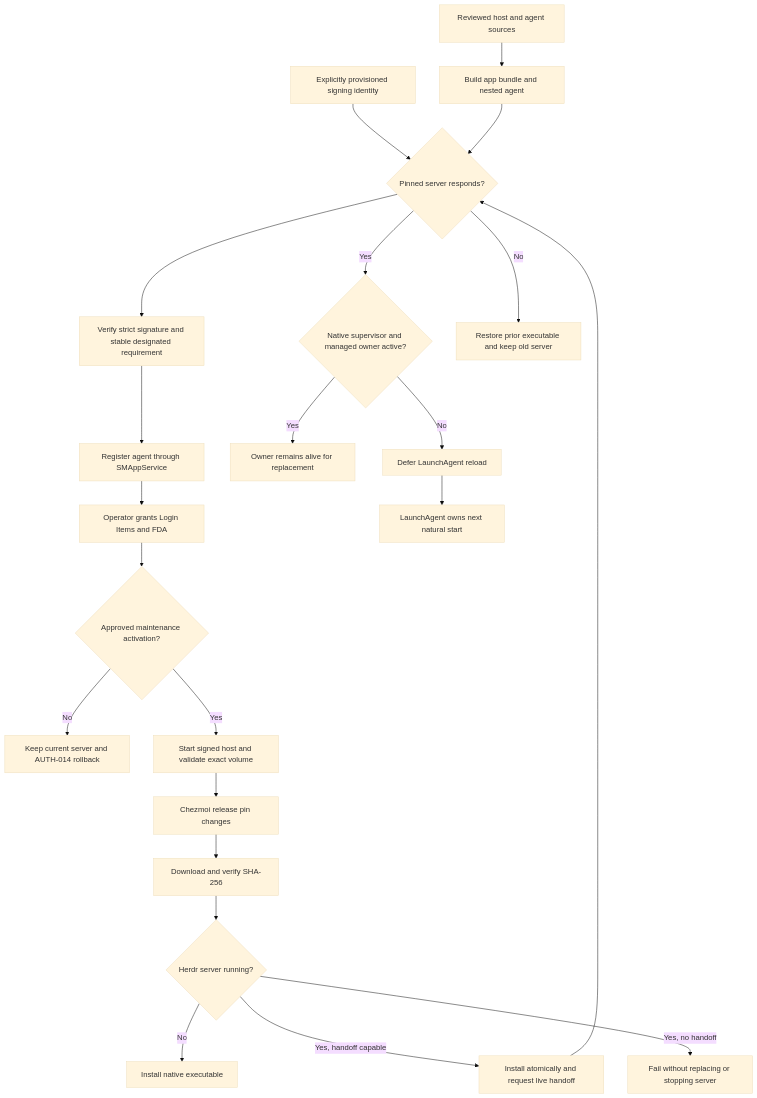
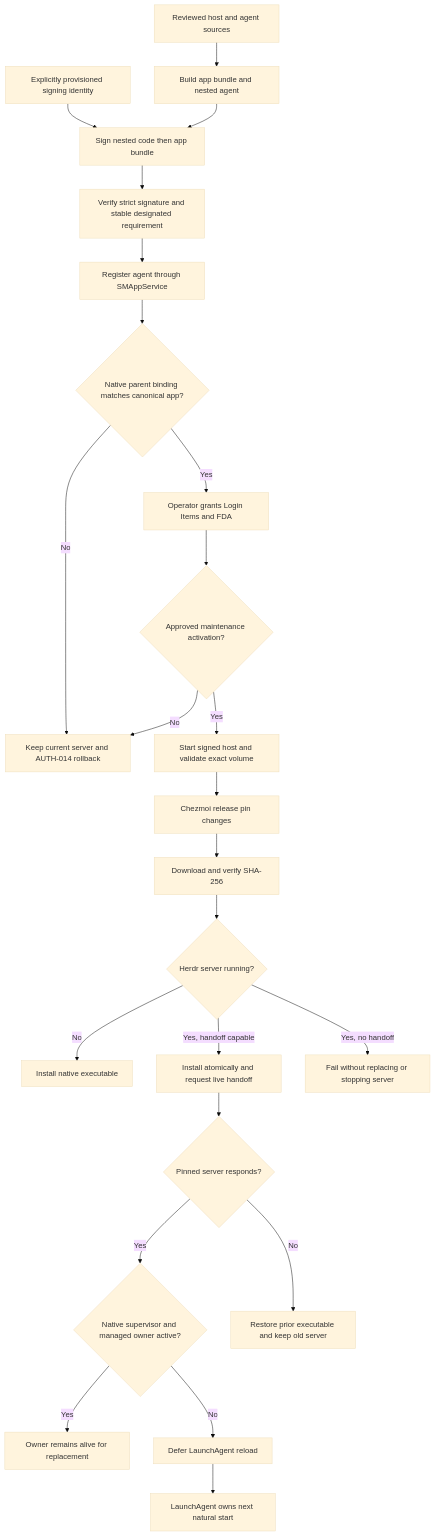
Before and after one commit to Saltiola7/dotfiles-ai: the third of 5 diagrams in docs/specs/shell_auth_startup/README.md, drawn with Mermaid (base theme). The commit also changed other lines of this file and 7 other files, not shown here.

First line of the commit message:
fix(herdr): version probe registration update

````diff
--- a/docs/specs/shell_auth_startup/README.md
+++ b/docs/specs/shell_auth_startup/README.md
@@ -273,26 +295,28 @@
 ```mermaid
 flowchart TD
     accTitle: Chezmoi-managed Herdr host installation and native Herdr upgrade
-    accDescr: An explicitly provisioned signing identity signs the Herdr Host app and its nested agent. The app registers that agent through SMAppService and the operator grants Login Items and Full Disk Access before activation. Chezmoi also verifies the pinned native Herdr release. Compatible upgrades use live handoff; failed activation or handoff preserves the prior supervisor and running server.
+    accDescr: An explicitly provisioned signing identity signs the Herdr Host app and its nested agent. After SMAppService registration, the native parent app binding must match the canonical app before Login Items, Full Disk Access and activation qualification. A stale binding retains the running server and rollback. Chezmoi also verifies the pinned native Herdr release. Compatible upgrades use live handoff; failed activation or handoff preserves the prior supervisor and running server.
     C[Reviewed host and agent sources] --> N[Build app bundle and nested agent]
     P[Explicitly provisioned signing identity] --> S[Sign nested code then app bundle]
     N --> S
     S --> Q[Verify strict signature and stable designated requirement]
     Q --> G[Register agent through SMAppService]
-    G --> U[Operator grants Login Items and FDA]
+    G --> BTM{Native parent binding matches canonical app?}
+    BTM -->|Yes| U[Operator grants Login Items and FDA]
+    BTM -->|No| W[Keep current server and AUTH-014 rollback]
     U --> X{Approved maintenance activation?}
     X -->|No| W[Keep current server and AUTH-014 rollback]
     X -->|Yes| E[Start signed host and validate exact volume]
     E --> A
     A[Chezmoi release pin changes] --> V[Download and verify SHA-256]
     V --> R{Herdr server running?}
     R -->|No| I[Install native executable]
     R -->|Yes, handoff capable| H[Install atomically and request live handoff]
     R -->|Yes, no handoff| F[Fail without replacing or stopping server]
-    H --> S{Pinned server responds?}
-    S -->|Yes| O{Native supervisor and managed owner active?}
-    S -->|No| B[Restore prior executable and keep old server]
+    H --> RESP{Pinned server responds?}
+    RESP -->|Yes| O{Native supervisor and managed owner active?}
+    RESP -->|No| B[Restore prior executable and keep old server]
     O -->|Yes| K[Owner remains alive for replacement]
     O -->|No| D[Defer LaunchAgent reload]
     D --> L[LaunchAgent owns next natural start]
 ```
````
